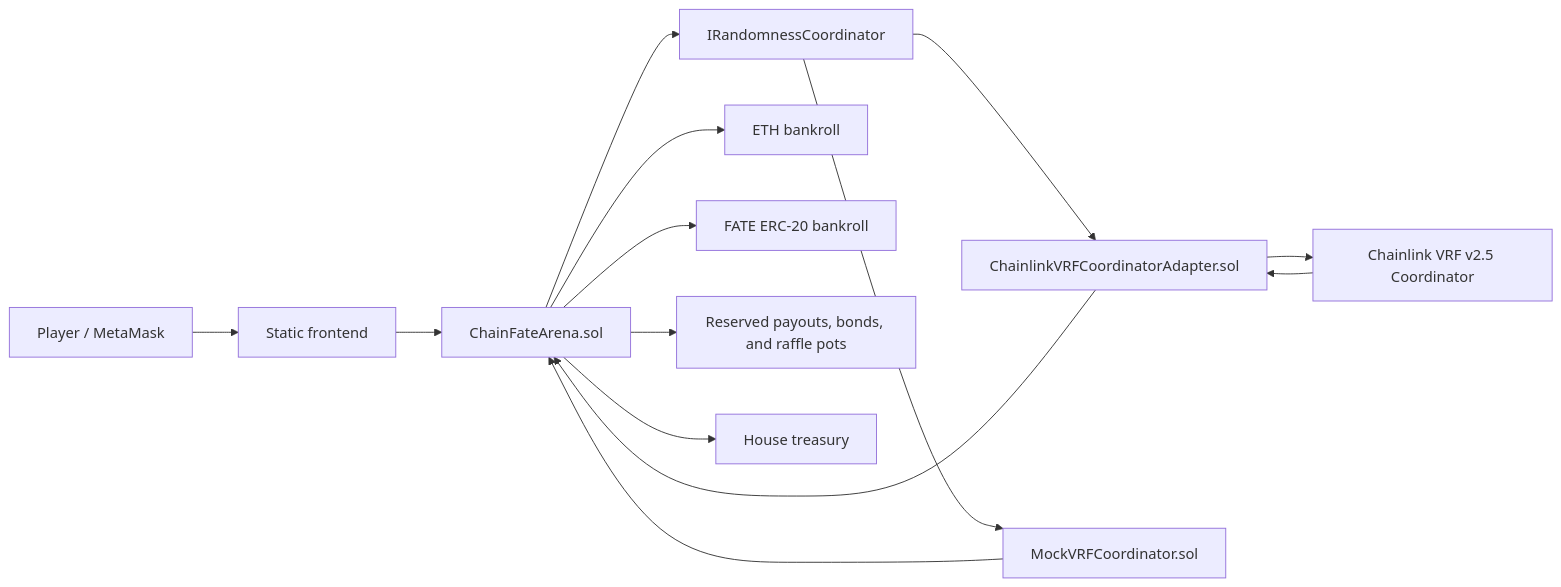
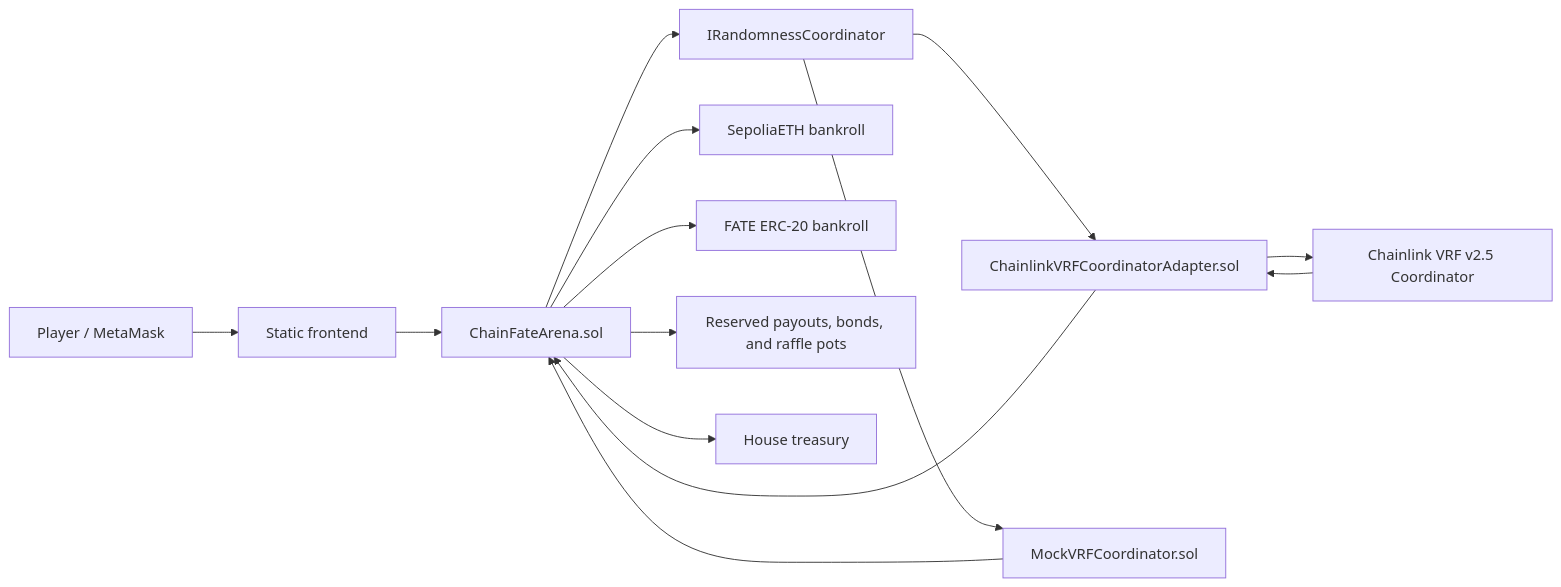
Before and after one commit to squarewhiteflag/p6107: the first of 3 diagrams in docs/architecture.md, drawn with Mermaid. The commit also changed other lines of this file and 8 other files, not shown here.

Commit message:
feat: relabel native test currency to SepoliaETH

````diff
--- a/docs/architecture.md
+++ b/docs/architecture.md
@@ -7,16 +7,16 @@
 ```mermaid
 flowchart LR
     P["Player / MetaMask"] --> UI["Static frontend"]
     UI --> A["ChainFateArena.sol"]
     A --> V["IRandomnessCoordinator"]
     V --> C["ChainlinkVRFCoordinatorAdapter.sol"]
     V --> M["MockVRFCoordinator.sol"]
     C --> CL["Chainlink VRF v2.5 Coordinator"]
     CL --> C
     C --> A
     M --> A
-    A --> E["ETH bankroll"]
+    A --> E["SepoliaETH bankroll"]
     A --> T["FATE ERC-20 bankroll"]
     A --> R["Reserved payouts, bonds, and raffle pots"]
     A --> H["House treasury"]
 ```
````
